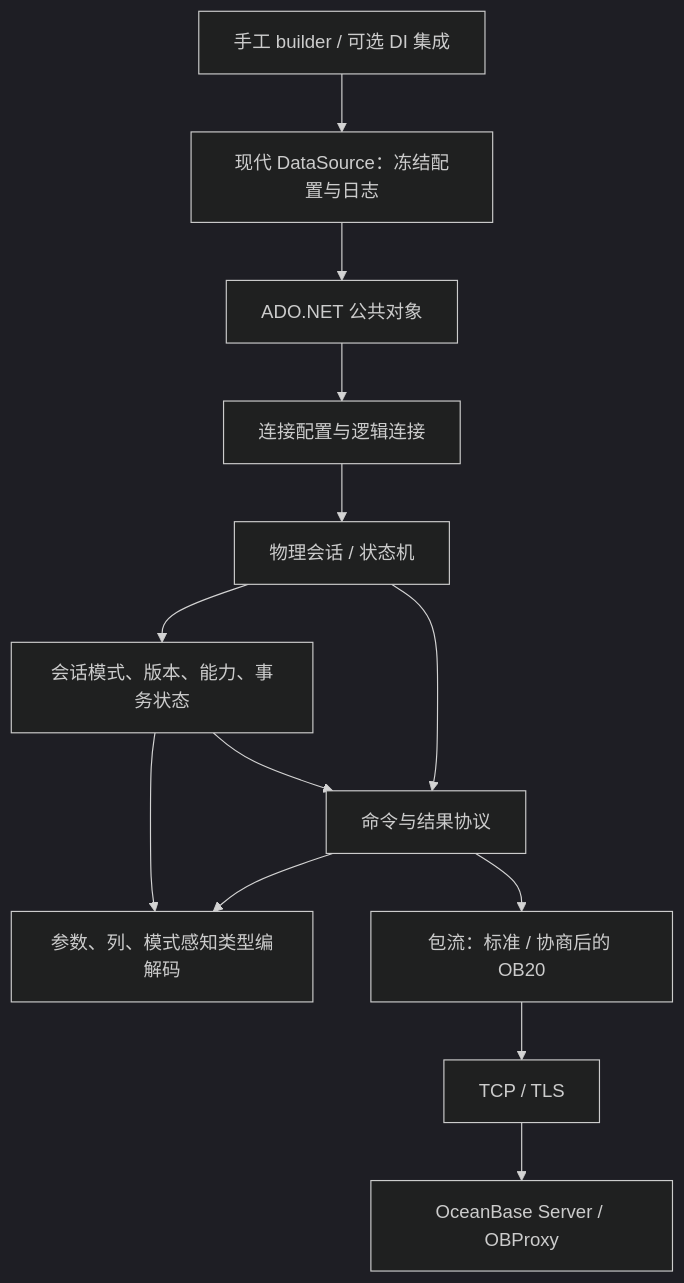
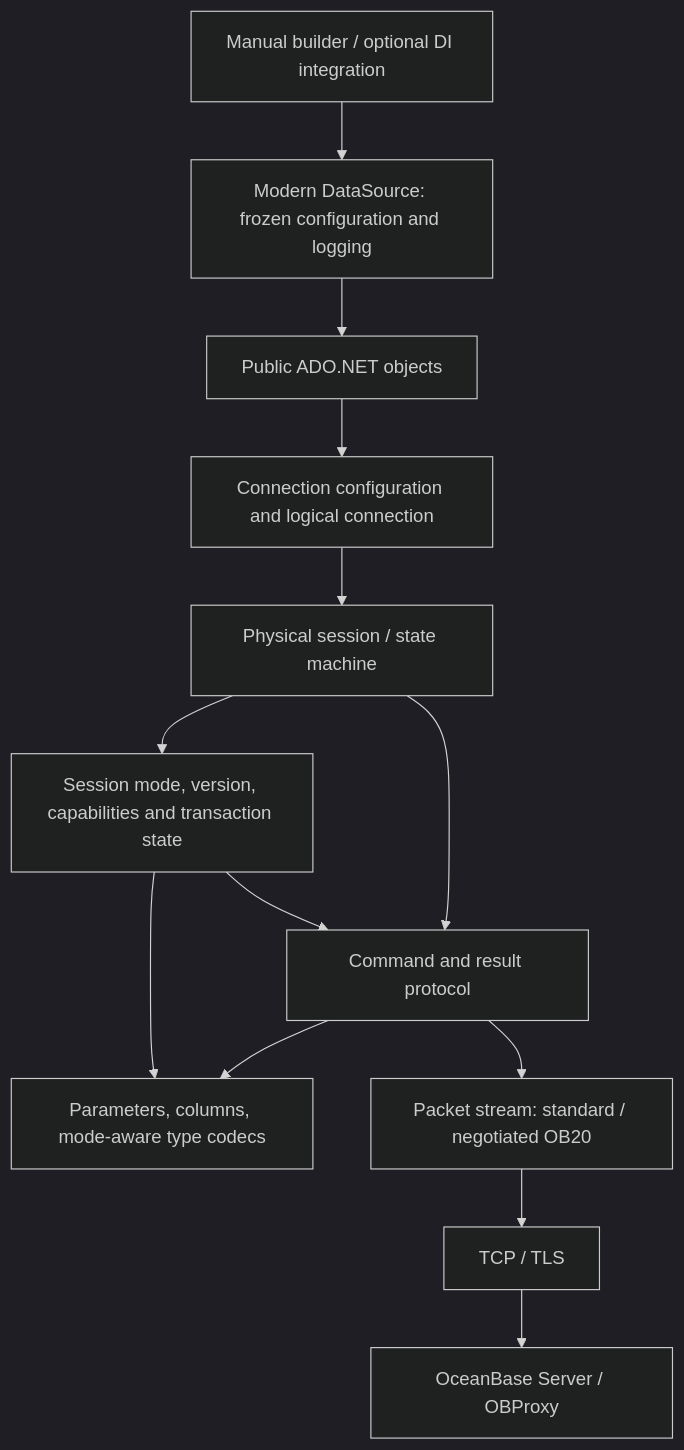
The second of 2 diagrams in docs/obconnector-dotnet-architecture-design.md (cocosip/obconnector-dotnet), drawn with Mermaid (dark theme) before and after one commit. The commit also changed other lines of this file and 5 other files, not shown here.

````diff
--- a/docs/obconnector-dotnet-architecture-design.md
+++ b/docs/obconnector-dotnet-architecture-design.md
@@ -190,15 +190,15 @@
 ```mermaid
 flowchart TD
-  J[手工 builder / 可选 DI 集成] --> K[现代 DataSource：冻结配置与日志]
+  J[Manual builder / optional DI integration] --> K[Modern DataSource: frozen configuration and logging]
   K --> A
-  A[ADO.NET 公共对象] --> B[连接配置与逻辑连接]
-  B --> C[物理会话 / 状态机]
-  C --> D[命令与结果协议]
-  D --> E[参数、列、模式感知类型编解码]
-  D --> F[包流：标准 / 协商后的 OB20]
+  A[Public ADO.NET objects] --> B[Connection configuration and logical connection]
+  B --> C[Physical session / state machine]
+  C --> D[Command and result protocol]
+  D --> E[Parameters, columns, mode-aware type codecs]
+  D --> F[Packet stream: standard / negotiated OB20]
   F --> G[TCP / TLS]
   G --> H[OceanBase Server / OBProxy]
-  C --> I[会话模式、版本、能力、事务状态]
+  C --> I[Session mode, version, capabilities and transaction state]
   I --> D
   I --> E
 ```
````
